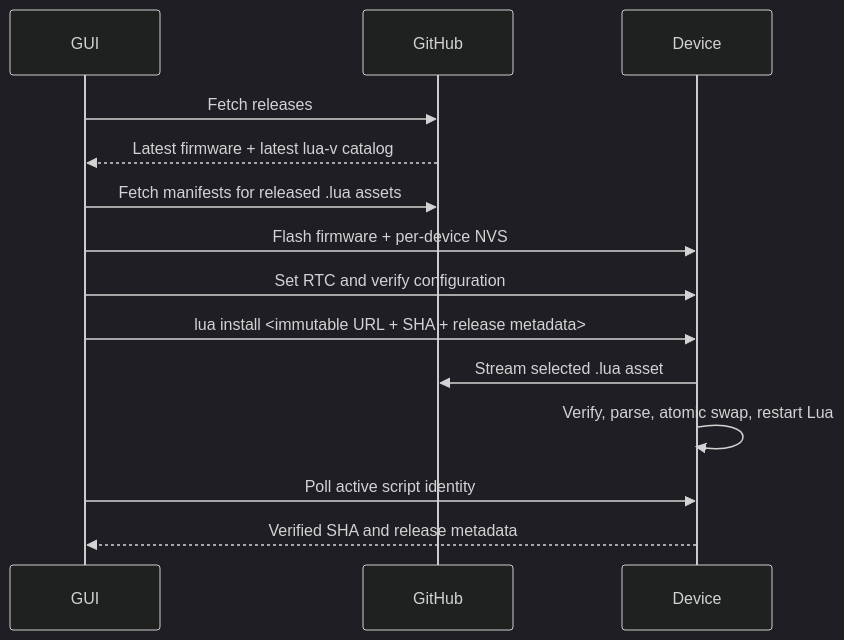
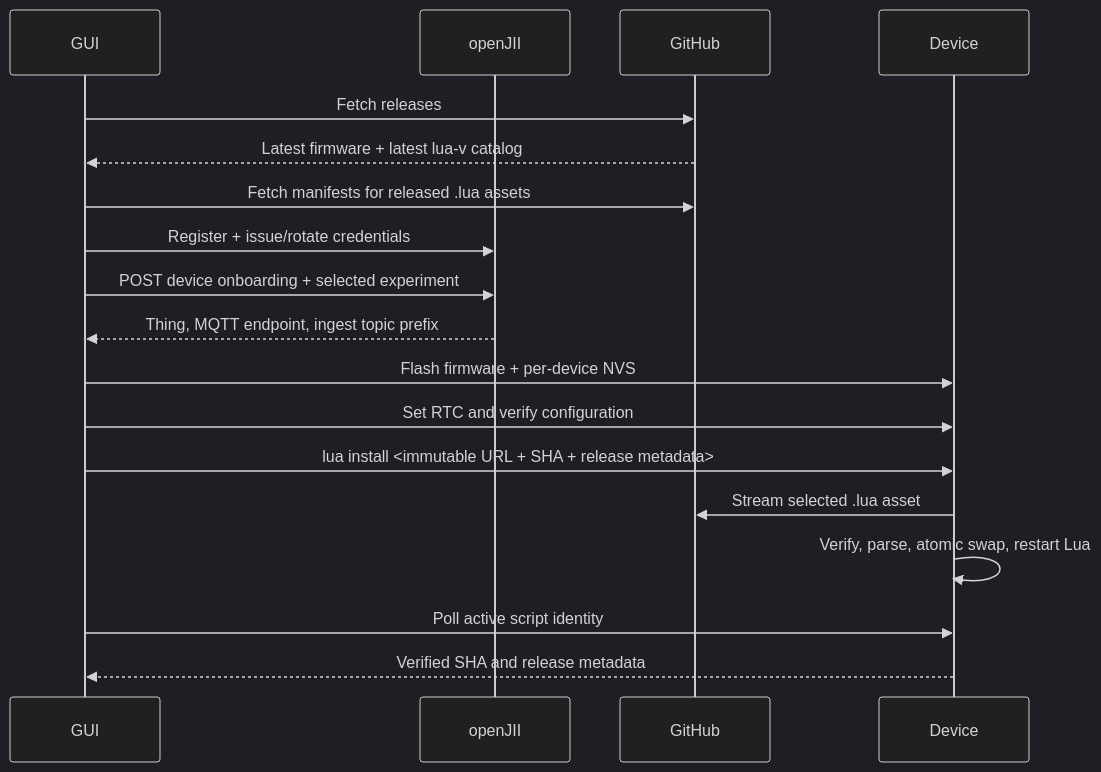
One commit to Jan-IngenHousz-Institute/ambyte-iot changed the diagram in flash_gui/README.md. Above: the diagram before and after it, drawn with Mermaid (dark theme). The commit also changed other lines of this file and 5 other files, not shown here.

Commit message:
feat(flash-gui): adopt server-driven device onboarding (#45)

````diff
--- a/flash_gui/README.md
+++ b/flash_gui/README.md
@@ -223,16 +228,20 @@
 ```mermaid
 sequenceDiagram
     participant GUI
+    participant openJII
     participant GitHub
     participant Device
     GUI->>GitHub: Fetch releases
     GitHub-->>GUI: Latest firmware + latest lua-v catalog
     GUI->>GitHub: Fetch manifests for released .lua assets
+    GUI->>openJII: Register + issue/rotate credentials
+    GUI->>openJII: POST device onboarding + selected experiment
+    openJII-->>GUI: Thing, MQTT endpoint, ingest topic prefix
     GUI->>Device: Flash firmware + per-device NVS
     GUI->>Device: Set RTC and verify configuration
     GUI->>Device: lua install <immutable URL + SHA + release metadata>
     Device->>GitHub: Stream selected .lua asset
     Device->>Device: Verify, parse, atomic swap, restart Lua
     GUI->>Device: Poll active script identity
     Device-->>GUI: Verified SHA and release metadata
 ```
````
